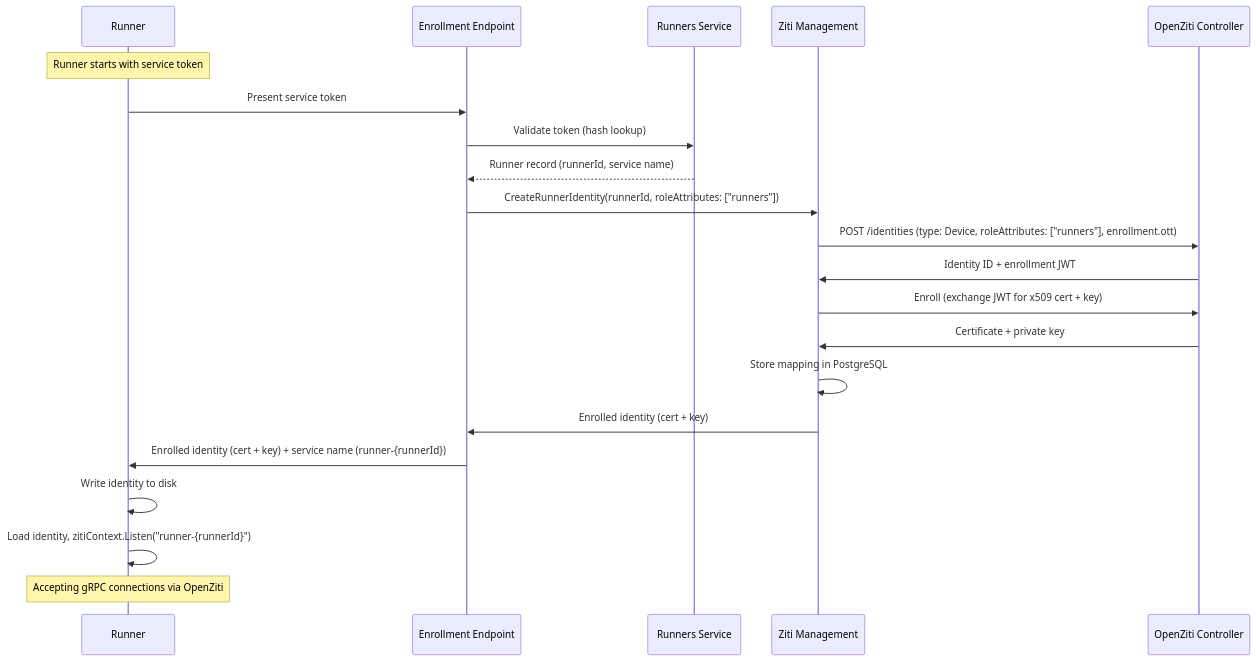
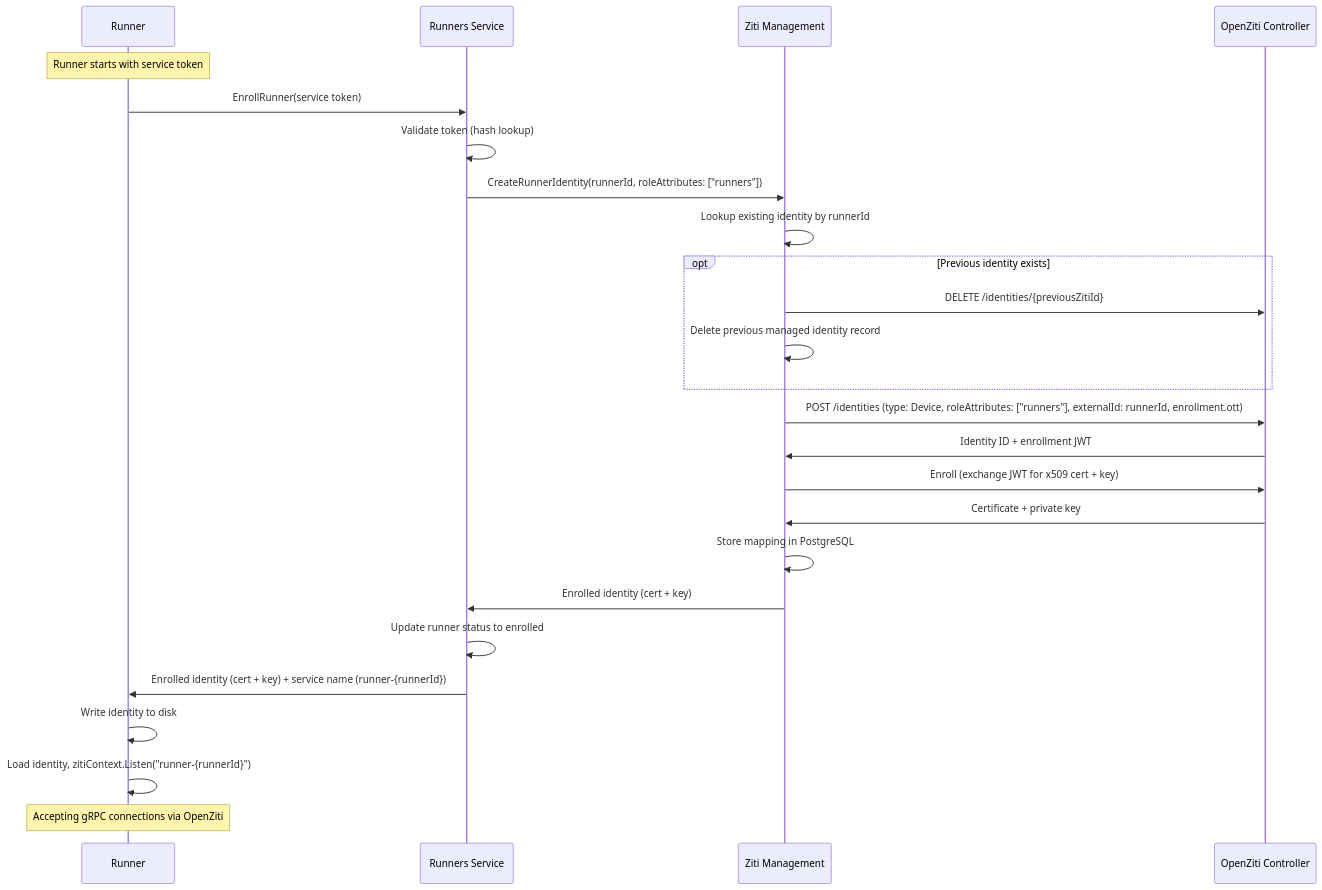
Before and after one commit to agynio/architecture: the fourth of 5 diagrams in architecture/openziti.md, drawn with Mermaid. The commit also changed other lines of this file and 6 other files, not shown here.

````diff
--- a/architecture/openziti.md
+++ b/architecture/openziti.md
@@ -347,24 +350,28 @@
 ```mermaid
 sequenceDiagram
     participant R as Runner
-    participant EP as Enrollment Endpoint
     participant RS as Runners Service
     participant ZM as Ziti Management
     participant ZC as OpenZiti Controller
 
     Note over R: Runner starts with service token
-    R->>EP: Present service token
-    EP->>RS: Validate token (hash lookup)
-    RS-->>EP: Runner record (runnerId, service name)
-    EP->>ZM: CreateRunnerIdentity(runnerId, roleAttributes: ["runners"])
-    ZM->>ZC: POST /identities (type: Device, roleAttributes: ["runners"], enrollment.ott)
+    R->>RS: EnrollRunner(service token)
+    RS->>RS: Validate token (hash lookup)
+    RS->>ZM: CreateRunnerIdentity(runnerId, roleAttributes: ["runners"])
+    ZM->>ZM: Lookup existing identity by runnerId
+    opt Previous identity exists
+        ZM->>ZC: DELETE /identities/{previousZitiId}
+        ZM->>ZM: Delete previous managed identity record
+    end
+    ZM->>ZC: POST /identities (type: Device, roleAttributes: ["runners"], externalId: runnerId, enrollment.ott)
     ZC->>ZM: Identity ID + enrollment JWT
     ZM->>ZC: Enroll (exchange JWT for x509 cert + key)
     ZC->>ZM: Certificate + private key
     ZM->>ZM: Store mapping in PostgreSQL
-    ZM->>EP: Enrolled identity (cert + key)
-    EP->>R: Enrolled identity (cert + key) + service name (runner-{runnerId})
+    ZM->>RS: Enrolled identity (cert + key)
+    RS->>RS: Update runner status to enrolled
+    RS->>R: Enrolled identity (cert + key) + service name (runner-{runnerId})
     R->>R: Write identity to disk
     R->>R: Load identity, zitiContext.Listen("runner-{runnerId}")
     Note over R: Accepting gRPC connections via OpenZiti
 ```
````
